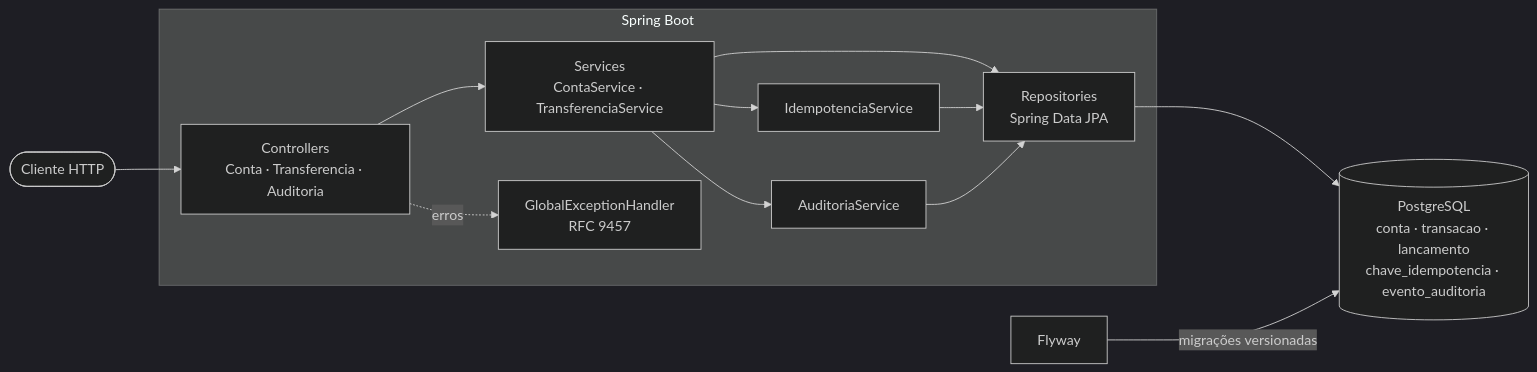
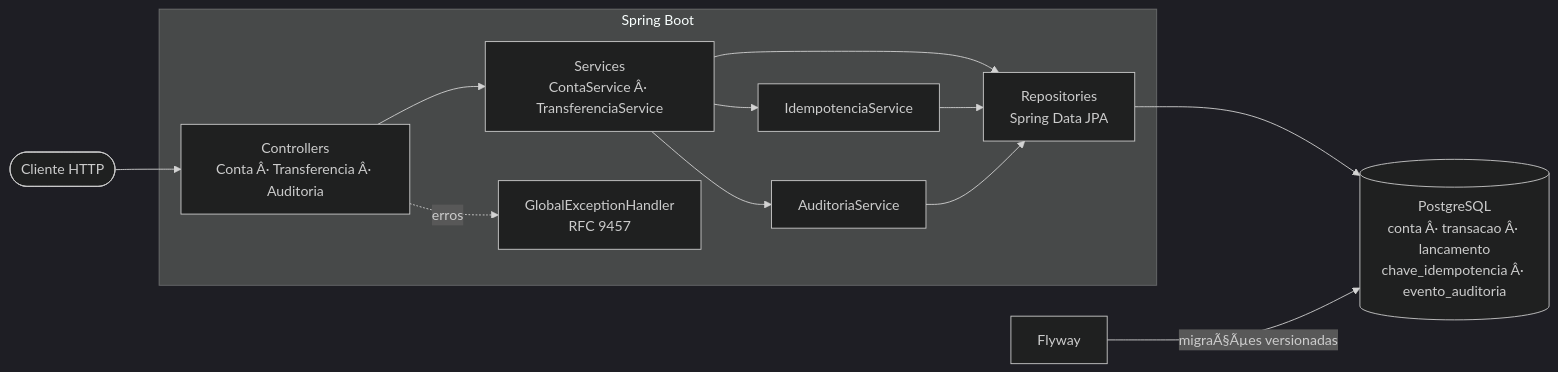
One commit to gabrielgmln-ops/Projeto-B-A changed the first of 2 diagrams in README.md. Above: the diagram before and after it, drawn with Mermaid (dark theme). The commit also changed other lines of this file and 2 other files, not shown here.

````diff
--- a/README.md
+++ b/README.md
@@ -11,23 +11,23 @@
 ```mermaid
 flowchart LR
     Cliente([Cliente HTTP]) --> C
 
     subgraph API [Spring Boot]
-        C[Controllers<br/>Conta · Transferencia · Auditoria]
-        S[Services<br/>ContaService · TransferenciaService]
+        C[Controllers<br/>Conta Â· Transferencia Â· Auditoria]
+        S[Services<br/>ContaService Â· TransferenciaService]
         I[IdempotenciaService]
         A[AuditoriaService]
         R[Repositories<br/>Spring Data JPA]
         E[GlobalExceptionHandler<br/>RFC 9457]
         C --> S
         S --> I
         S --> A
         S --> R
         I --> R
         A --> R
         C -.erros.-> E
     end
 
-    R --> DB[(PostgreSQL<br/>conta · transacao · lancamento<br/>chave_idempotencia · evento_auditoria)]
-    F[Flyway] -->|migrações versionadas| DB
+    R --> DB[(PostgreSQL<br/>conta Â· transacao Â· lancamento<br/>chave_idempotencia Â· evento_auditoria)]
+    F[Flyway] -->|migraÃ§Ãµes versionadas| DB
 ```
````
